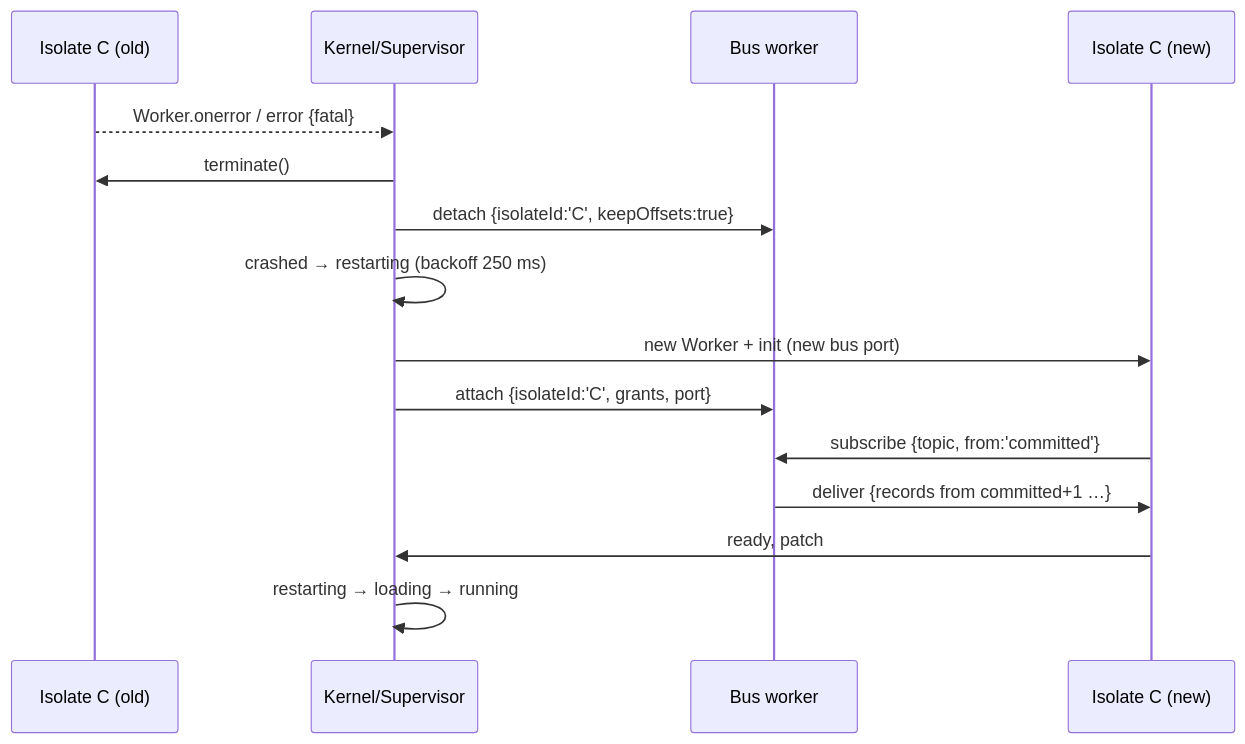
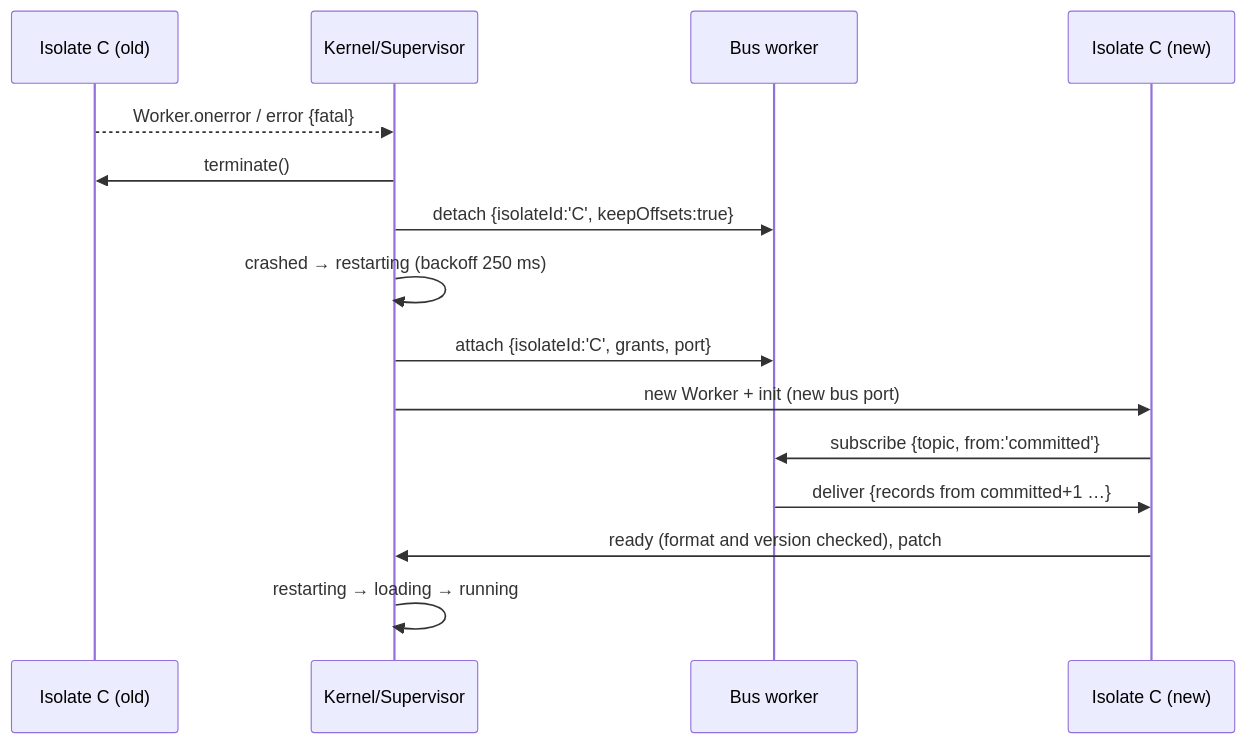
Before and after one commit to isoloop/isoloop: the sixth of 8 diagrams in docs/design/system-design.md, drawn with Mermaid. The commit also changed other lines of this file, not shown here.

````diff
--- a/docs/design/system-design.md
+++ b/docs/design/system-design.md
@@ -541,17 +566,17 @@
 ```mermaid
 sequenceDiagram
   participant P as Isolate C (old)
   participant K as Kernel/Supervisor
   participant B as Bus worker
   participant P2 as Isolate C (new)
   P-->>K: Worker.onerror / error {fatal}
   K->>P: terminate()
   K->>B: detach {isolateId:'C', keepOffsets:true}
   K->>K: crashed → restarting (backoff 250 ms)
+  K->>B: attach {isolateId:'C', grants, port}
   K->>P2: new Worker + init (new bus port)
-  K->>B: attach {isolateId:'C', grants, port}
   P2->>B: subscribe {topic, from:'committed'}
   B->>P2: deliver {records from committed+1 …}
-  P2->>K: ready, patch
+  P2->>K: ready (format and version checked), patch
   K->>K: restarting → loading → running
 ```
````
